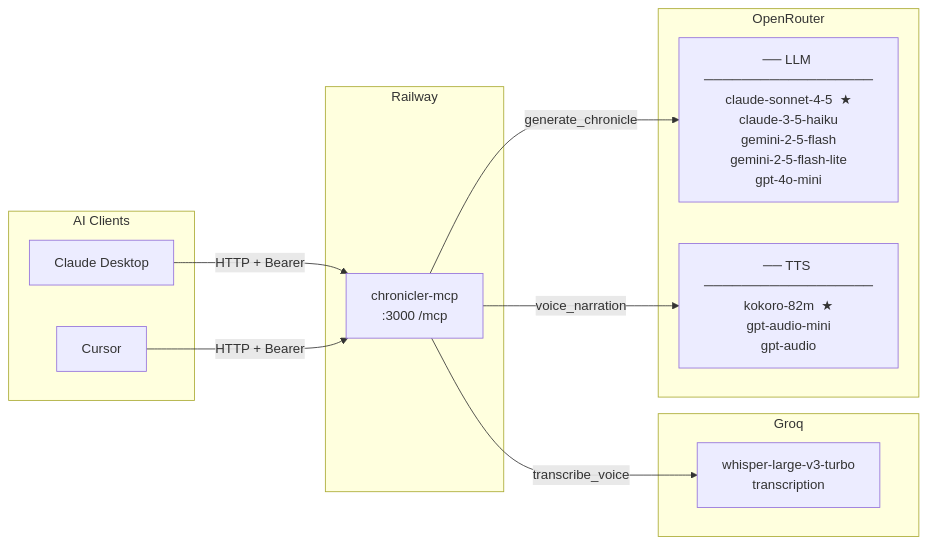
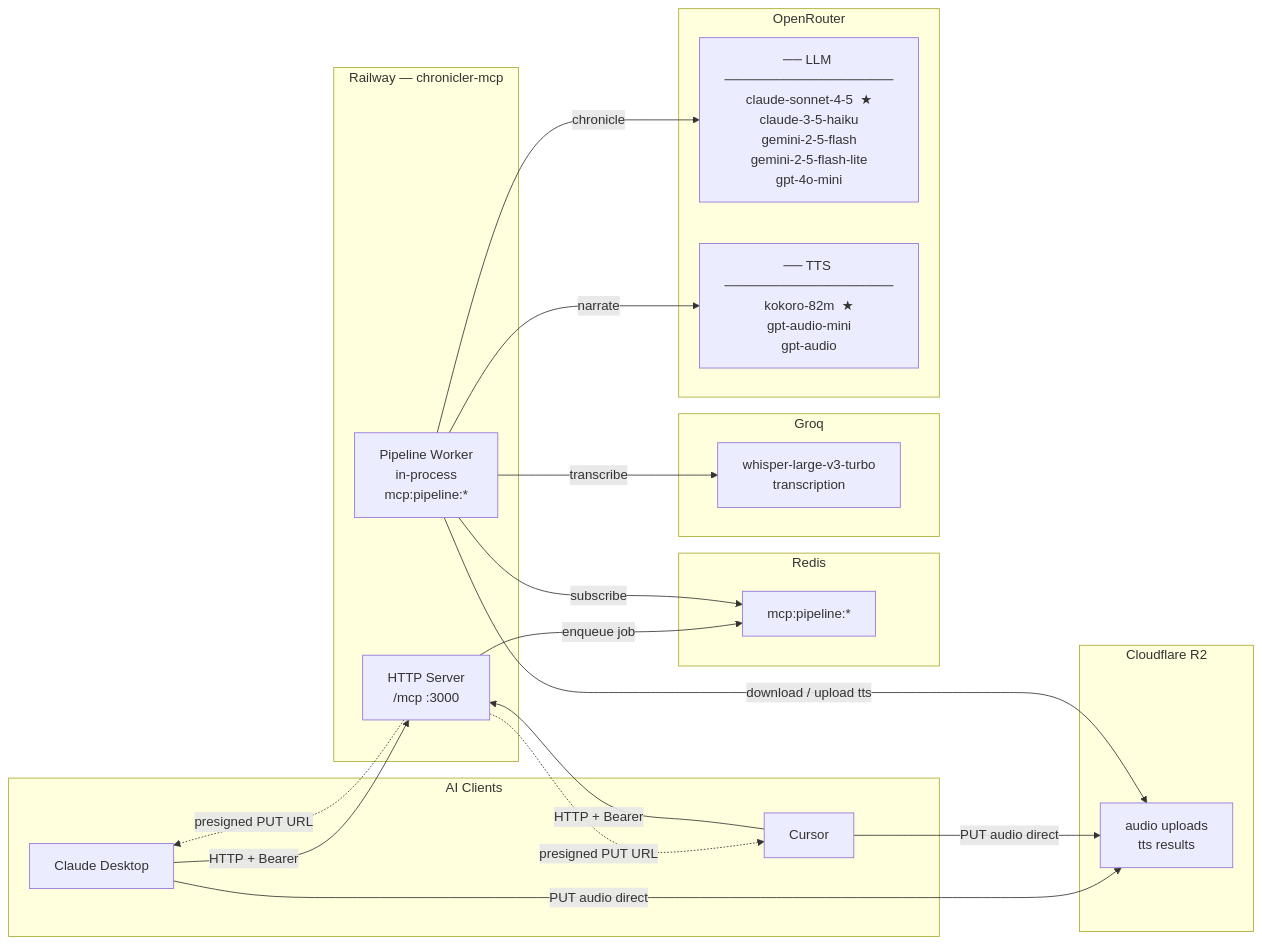
The first of 2 diagrams in docs/architecture.md (brunolazarus/epicChronicler), drawn with Mermaid before and after one commit. The commit also changed other lines of this file and 2 other files, not shown here.

````diff
--- a/docs/architecture.md
+++ b/docs/architecture.md
@@ -5,27 +7,39 @@
 ```mermaid
 flowchart LR
     subgraph clients["AI Clients"]
         CD["Claude Desktop"]
         CU["Cursor"]
     end
 
-    subgraph railway_box["Railway"]
-        MCP["chronicler-mcp\n:3000  /mcp"]
+    subgraph railway_mcp["Railway — chronicler-mcp"]
+        SRV["HTTP Server\n/mcp  :3000"]
+        WK["Pipeline Worker\nin-process\nmcp:pipeline:*"]
+    end
+
+    subgraph cf["Cloudflare R2"]
+        R2["audio uploads\ntts results"]
+    end
+
+    subgraph rd["Redis"]
+        RD["mcp:pipeline:*"]
     end
 
     subgraph groq_box["Groq"]
         WH["whisper-large-v3-turbo\ntranscription"]
     end
 
     subgraph or_box["OpenRouter"]
         LLM["── LLM ──────────────────\nclaude-sonnet-4-5  ★\nclaude-3-5-haiku\ngemini-2-5-flash\ngemini-2-5-flash-lite\ngpt-4o-mini"]
         TTS["── TTS ──────────────────\nkokoro-82m  ★\ngpt-audio-mini\ngpt-audio"]
     end
 
-    CD -->|"HTTP + Bearer"| MCP
-    CU -->|"HTTP + Bearer"| MCP
-
-    MCP -->|"transcribe_voice"| WH
-    MCP -->|"generate_chronicle"| LLM
-    MCP -->|"voice_narration"| TTS
+    CD & CU -->|"HTTP + Bearer"| SRV
+    SRV -.->|"presigned PUT URL"| CD & CU
+    CD & CU -->|"PUT audio direct"| R2
+    SRV -->|"enqueue job"| RD
+    WK -->|"subscribe"| RD
+    WK -->|"download / upload tts"| R2
+    WK -->|"transcribe"| WH
+    WK -->|"chronicle"| LLM
+    WK -->|"narrate"| TTS
 ```
````
